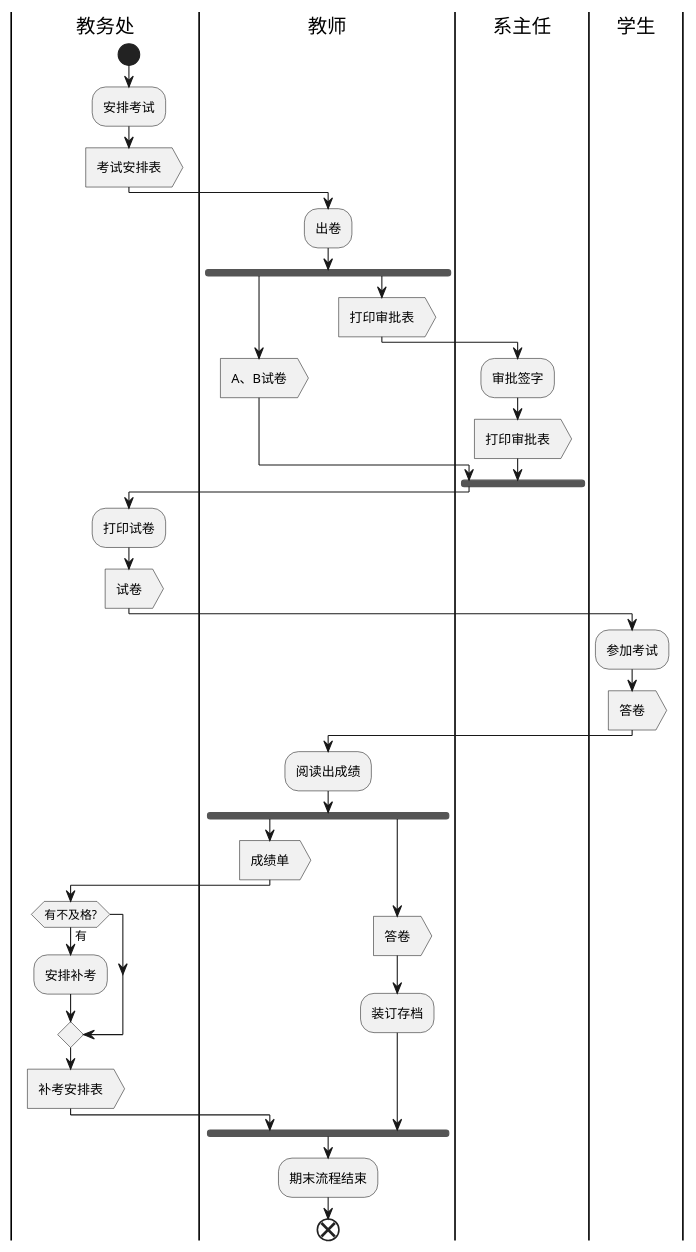
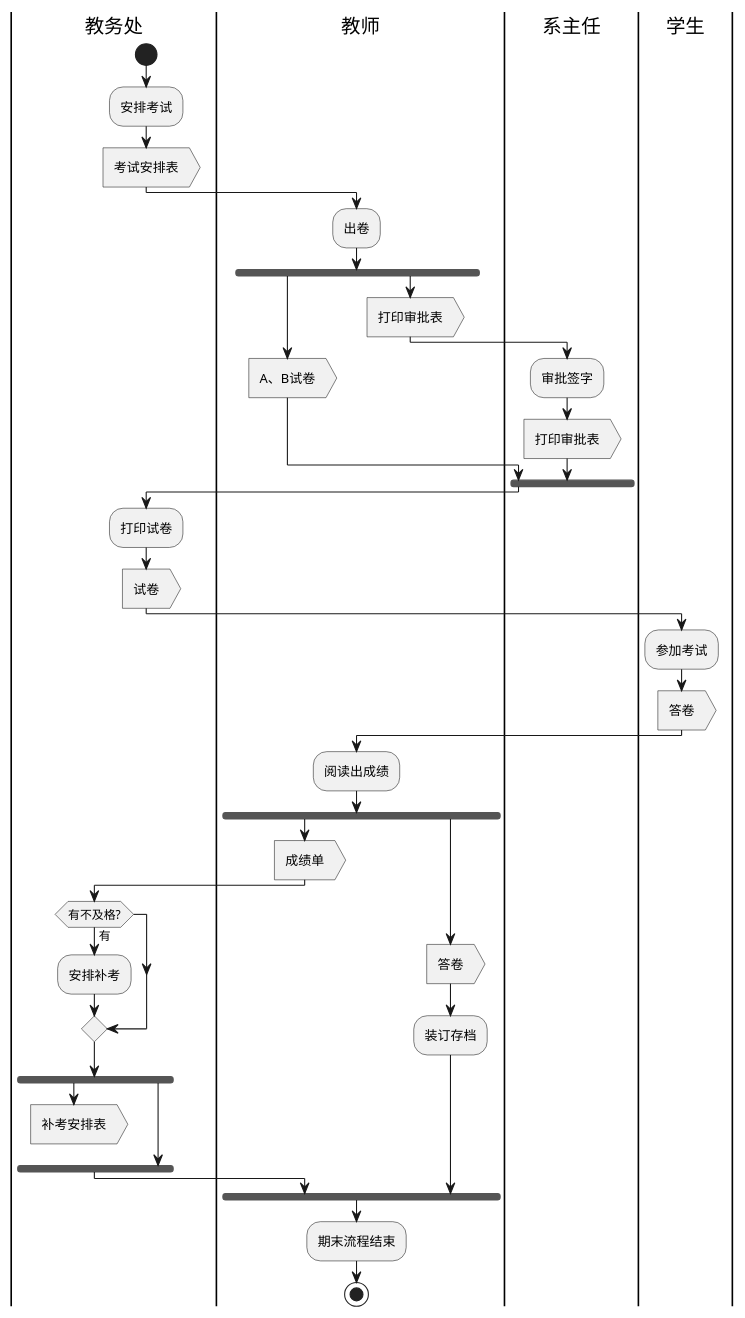
One commit to ydswinter/is_analysis changed the diagram in test1/flow1.puml. Above: the diagram before and after it, drawn with PlantUML. The commit also changed 1 other file, not shown here.

```diff
--- a/test1/flow1.puml
+++ b/test1/flow1.puml
@@ -1,50 +1,55 @@
 @startuml
 |教务处|
 |教师|
 |系主任|
 |学生|
 
 
 |教务处|
 start
 :安排考试;
 :考试安排表>
 
 |教师|
 :出卷;
 fork
 :A、B试卷>
 
 fork again
 :打印审批表>
 |系主任|
 :审批签字;
 :打印审批表>
 end fork
 |教务处|
 :打印试卷;
 :试卷>
 
 |学生|
 :参加考试;
 :答卷>
 
 |教师|
 :阅读出成绩;
 fork;
 :成绩单>
 |教务处|
 if(有不及格?) then (有)
     :安排补考;
     endif
+    fork
     :补考安排表>
+    detach
+    fork again
+
+    end fork
 
 |教师|
 fork again;
 :答卷>
 :装订存档;
 end fork
 :期末流程结束;
 
-end
+stop
 @enduml
```
